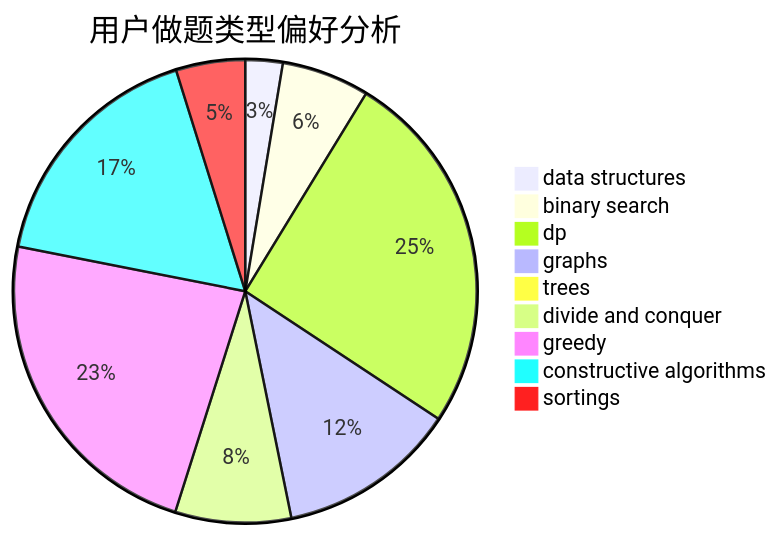
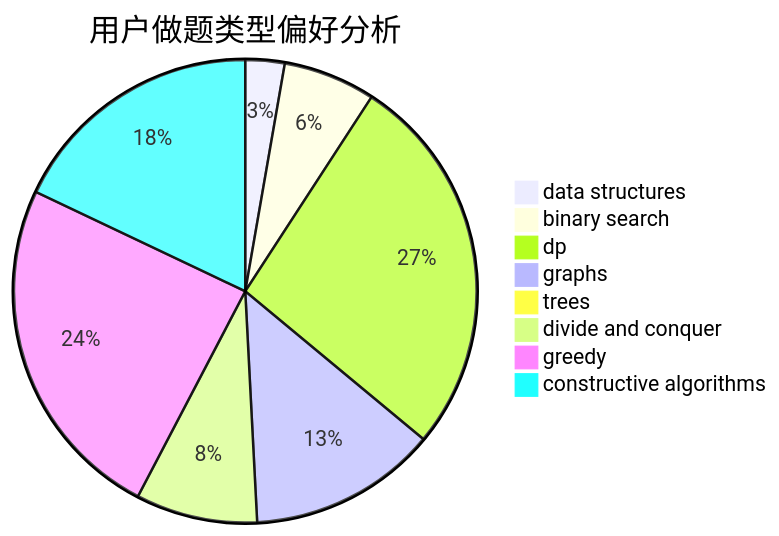
One commit to sherpahu/cfrs.github.io changed the second of 3 diagrams in docs/user/u447.md. Above: the diagram before and after it, drawn with Mermaid. The commit also changed other lines of this file and 2769 other files, not shown here.

````diff
--- a/docs/user/u447.md
+++ b/docs/user/u447.md
@@ -18,12 +18,11 @@
 ```mermaid
 pie title 用户做题类型偏好分析
     "data structures" :  20
     "binary search" :  47
     "dp" :  196
     "graphs" :  96
     "trees" :  7
     "divide and conquer" :  62
     "greedy" :  178
     "constructive algorithms" :  131
-    "sortings" :  37
 ```
````
